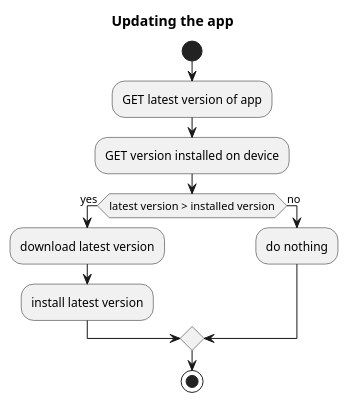
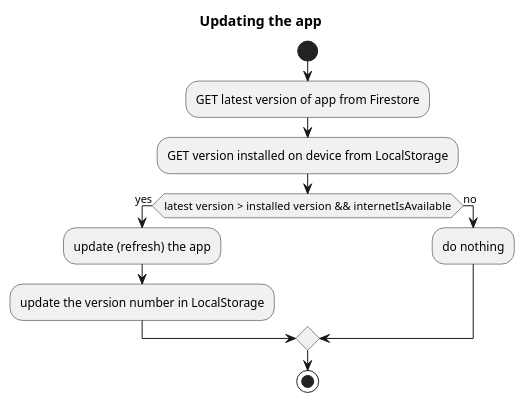
One commit to appsparkler/hfn-ui changed the diagram in plan/update-app.puml. Above: the diagram before and after it, drawn with PlantUML. The commit also changed 8 other files, not shown here.

```diff
--- a/plan/update-app.puml
+++ b/plan/update-app.puml
@@ -1,14 +1,13 @@
 @startuml updating the app
 title Updating the app
-
 start
-:GET latest version of app;
-:GET version installed on device;
-if (latest version > installed version) then (yes)
-  :download latest version;
-  :install latest version;
+:GET latest version of app from Firestore;
+:GET version installed on device from LocalStorage;
+if (latest version > installed version  && internetIsAvailable) then (yes)
+  :update (refresh) the app;
+  :update the version number in LocalStorage;
 else (no)
   :do nothing;
 endif
 stop
 @enduml
```
